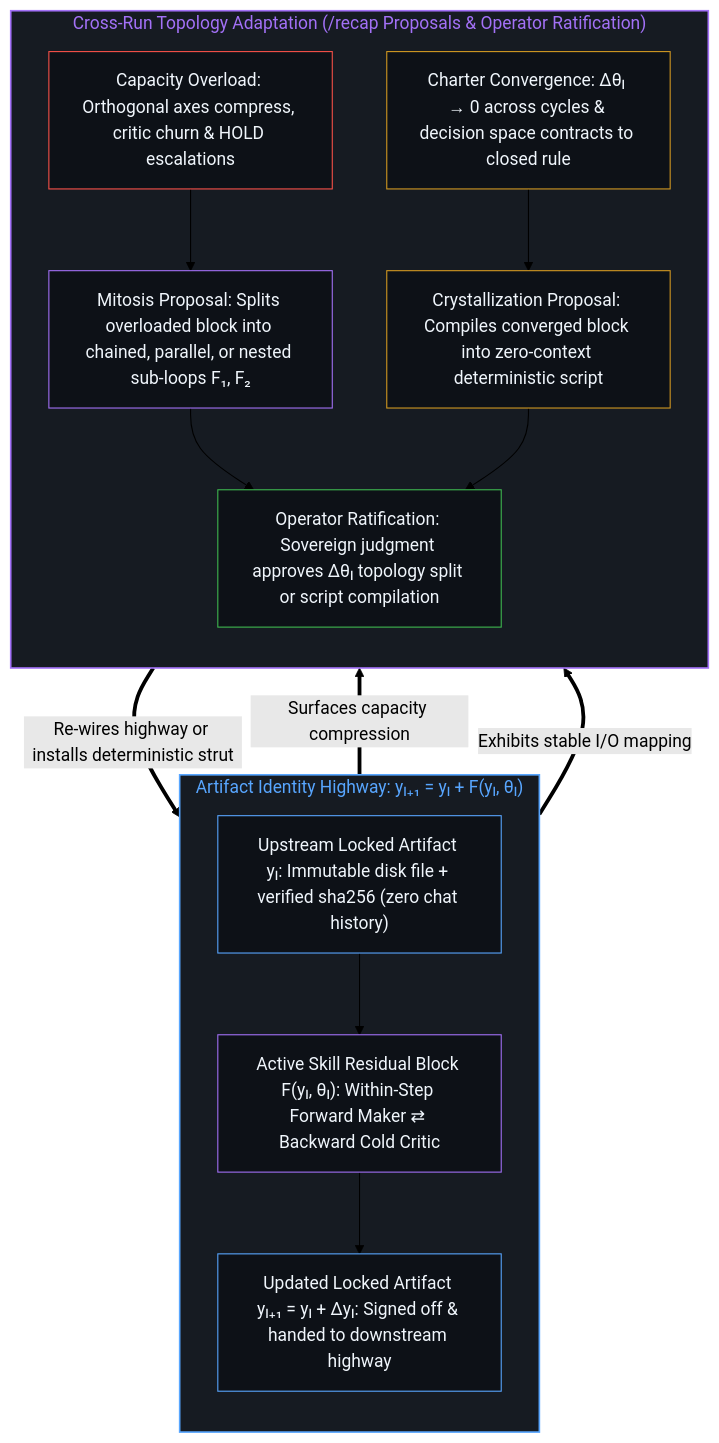
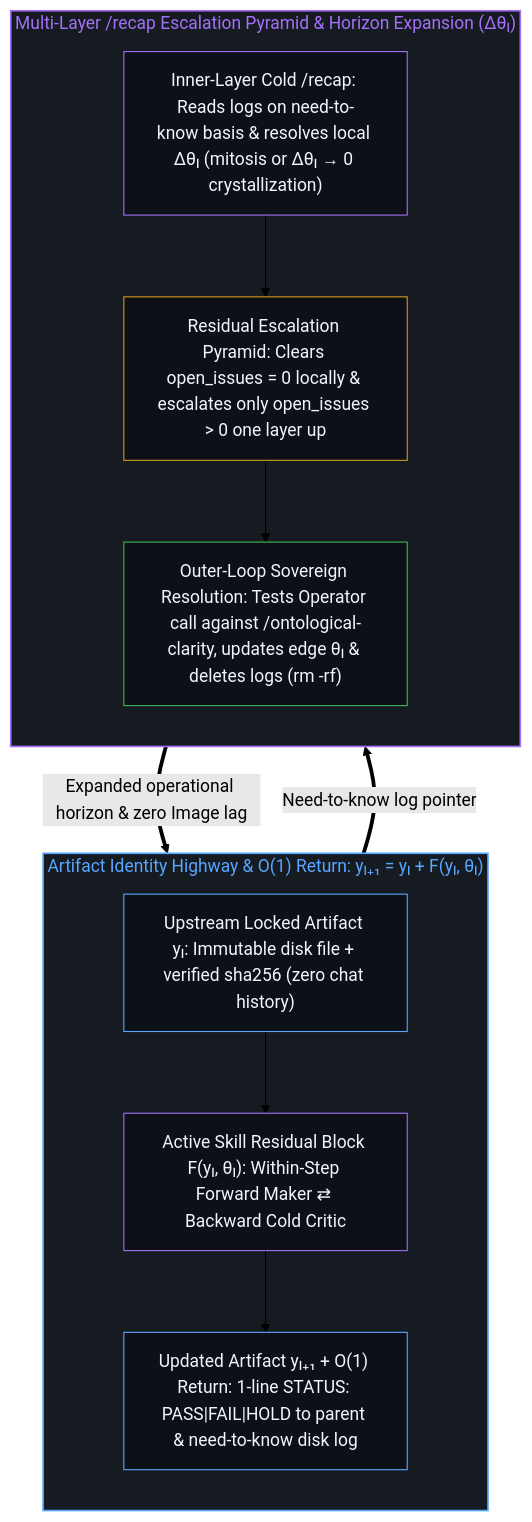
Before and after one commit to powerpig99/not-a-toe: the fourth of 4 diagrams in content/posts/dynamic-resnet-of-skill-loops.md, drawn with Mermaid (forest theme). The commit also changed other lines of this file and 13 other files, not shown here.

Commit message:
Refine O(1) pass/fail returns, multi-layer recap escalation, and post-horizon log deletion

````diff
--- a/content/posts/dynamic-resnet-of-skill-loops.md
+++ b/content/posts/dynamic-resnet-of-skill-loops.md
@@ -151,33 +145,27 @@
 ```mermaid
 flowchart TD
-    subgraph S_Highway["Artifact Identity Highway: yₗ₊₁ = yₗ + F(yₗ, θₗ)"]
+    subgraph S_Highway["Artifact Identity Highway & O(1) Return: yₗ₊₁ = yₗ + F(yₗ, θₗ)"]
         direction TB
         H_In["Upstream Locked Artifact yₗ: Immutable disk file + verified sha256 (zero chat history)"]
         H_Block["Active Skill Residual Block F(yₗ, θₗ): Within-Step Forward Maker ⇄ Backward Cold Critic"]
-        H_Out["Updated Locked Artifact yₗ₊₁ = yₗ + Δyₗ: Signed off & handed to downstream highway"]
+        H_Out["Updated Artifact yₗ₊₁ + O(1) Return: 1-line STATUS: PASS|FAIL|HOLD to parent & need-to-know disk log"]
         H_In --> H_Block --> H_Out
     end
-    subgraph S_Dynamic["Cross-Run Topology Adaptation (/recap Proposals & Operator Ratification)"]
+    subgraph S_Dynamic["Multi-Layer /recap Escalation Pyramid & Horizon Expansion (Δθₗ)"]
         direction TB
-        D_Load["Capacity Overload: Orthogonal axes compress, critic churn & HOLD escalations"]
-        D_Mitosis["Mitosis Proposal: Splits overloaded block into chained, parallel, or nested sub-loops F₁, F₂"]
-        D_Conv["Charter Convergence: Δθₗ → 0 across cycles & decision space contracts to closed rule"]
-        D_Crystal["Crystallization Proposal: Compiles converged block into zero-context deterministic script"]
-        D_Ratify["Operator Ratification: Sovereign judgment approves Δθₗ topology split or script compilation"]
-        D_Load --> D_Mitosis --> D_Ratify
-        D_Conv --> D_Crystal --> D_Ratify
+        D_Local["Inner-Layer Cold /recap: Reads logs on need-to-know basis & resolves local Δθₗ (mitosis or Δθₗ → 0 crystallization)"]
+        D_Esc["Residual Escalation Pyramid: Clears open_issues = 0 locally & escalates only open_issues > 0 one layer up"]
+        D_Ratify["Outer-Loop Sovereign Resolution: Tests Operator call against /ontological-clarity, updates edge θₗ & deletes logs (rm -rf)"]
+        D_Local --> D_Esc --> D_Ratify
     end
-    H_Block ==>|"Surfaces capacity compression"| D_Load
-    H_Block ==>|"Exhibits stable I/O mapping"| D_Conv
-    D_Ratify ==>|"Re-wires highway or installs deterministic strut"| H_In
+    H_Out ==>|"Need-to-know log pointer"| D_Local
+    D_Ratify ==>|"Expanded operational horizon & zero Image lag"| H_In
     style S_Highway fill:#161b22,stroke:#58a6ff,stroke-width:1.5px,color:#58a6ff
     style S_Dynamic fill:#161b22,stroke:#a371f7,stroke-width:1.5px,color:#a371f7
     style H_In fill:#0d1117,stroke:#58a6ff,stroke-width:1px,color:#f0f6fc
     style H_Block fill:#0d1117,stroke:#a371f7,stroke-width:1px,color:#f0f6fc
     style H_Out fill:#0d1117,stroke:#58a6ff,stroke-width:1px,color:#f0f6fc
-    style D_Load fill:#0d1117,stroke:#f85149,stroke-width:1px,color:#f0f6fc
-    style D_Mitosis fill:#0d1117,stroke:#a371f7,stroke-width:1px,color:#f0f6fc
-    style D_Conv fill:#0d1117,stroke:#d29922,stroke-width:1px,color:#f0f6fc
-    style D_Crystal fill:#0d1117,stroke:#d29922,stroke-width:1px,color:#f0f6fc
+    style D_Local fill:#0d1117,stroke:#a371f7,stroke-width:1px,color:#f0f6fc
+    style D_Esc fill:#0d1117,stroke:#d29922,stroke-width:1px,color:#f0f6fc
     style D_Ratify fill:#0d1117,stroke:#3fb950,stroke-width:1px,color:#f0f6fc
 ```
````
